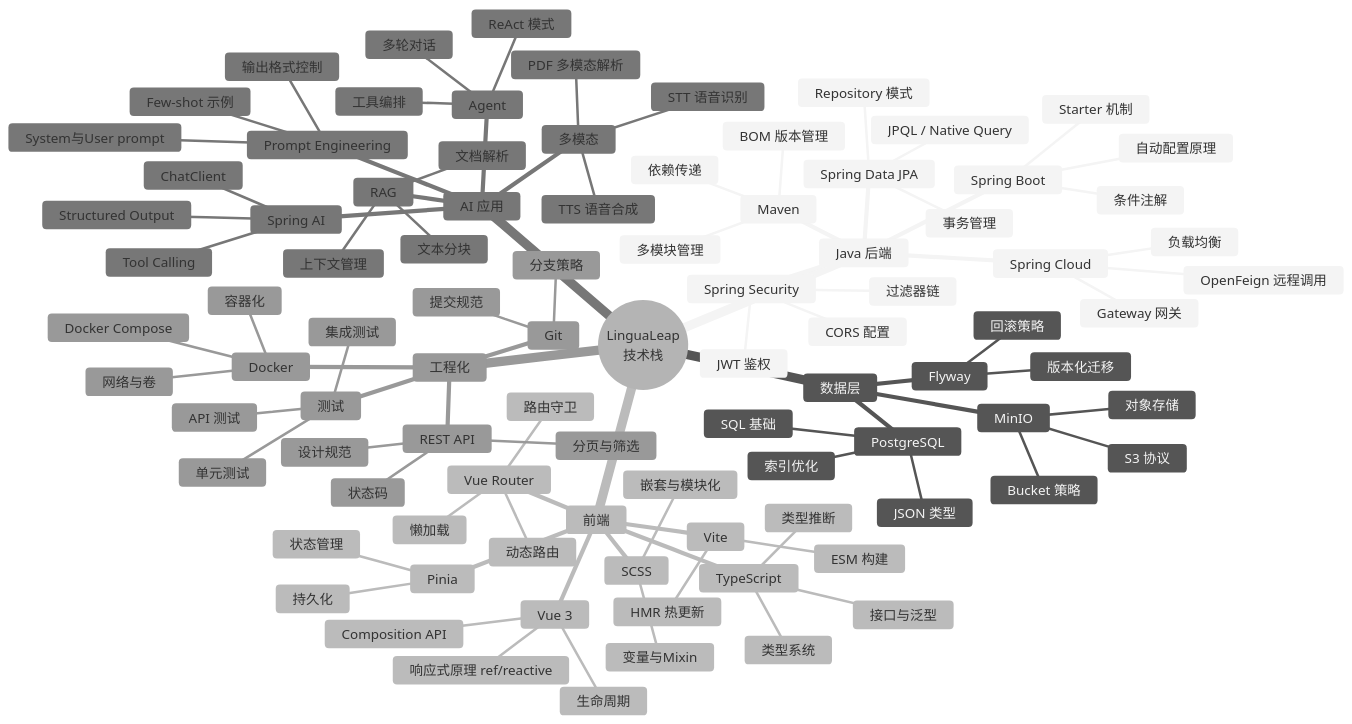
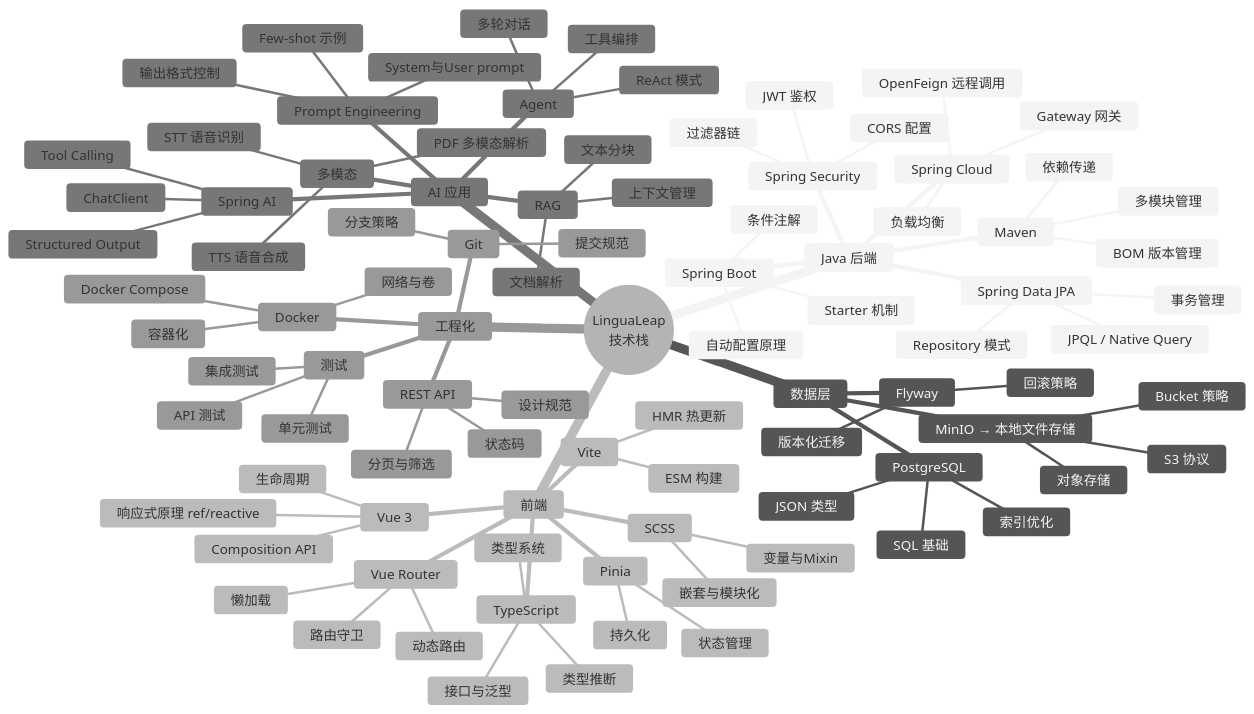
One commit to Felix-gg-cloud/ClaudeWorkspace changed the first of 3 diagrams in projects/LinguaLeap/docs/learning/roadmap.md. Above: the diagram before and after it, drawn with Mermaid (neutral theme). The commit also changed other lines of this file and 9 other files, not shown here.

```diff
--- a/projects/LinguaLeap/docs/learning/roadmap.md
+++ b/projects/LinguaLeap/docs/learning/roadmap.md
@@ -46,7 +46,7 @@
       Flyway
         版本化迁移
         回滚策略
-      MinIO
+      MinIO → 本地文件存储
         S3 协议
         对象存储
         Bucket 策略
```
